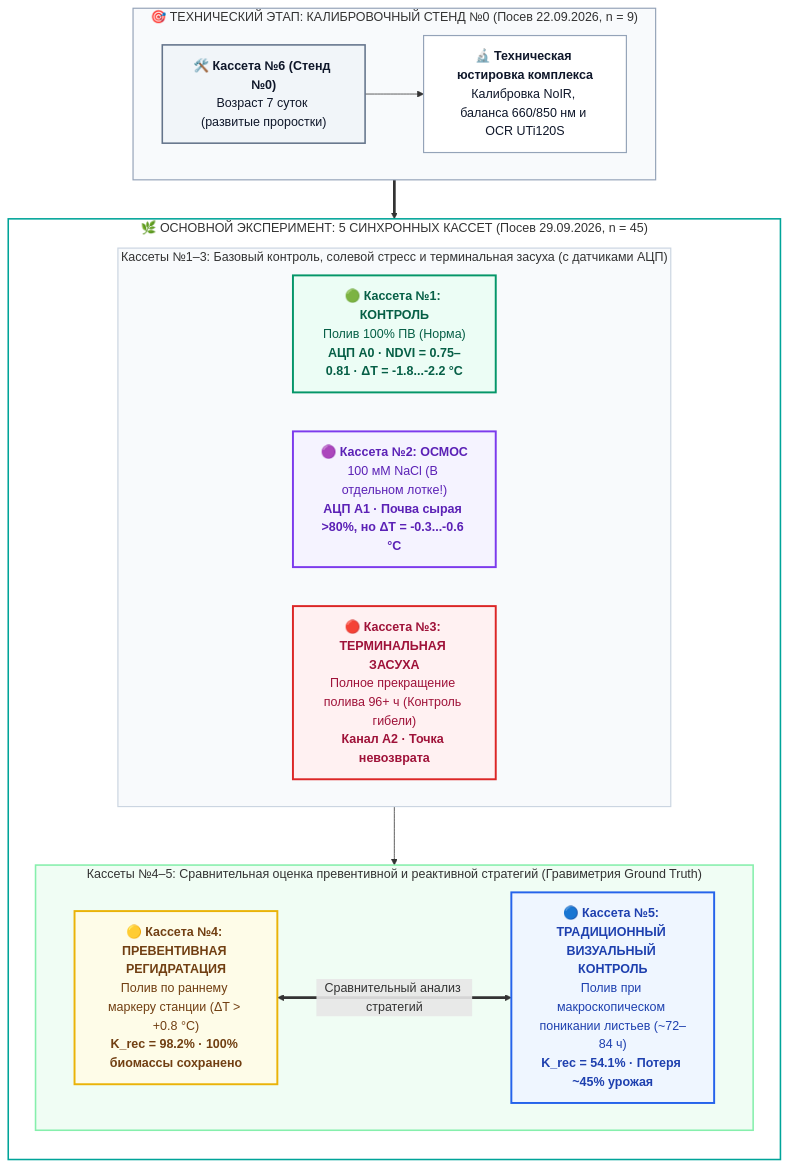
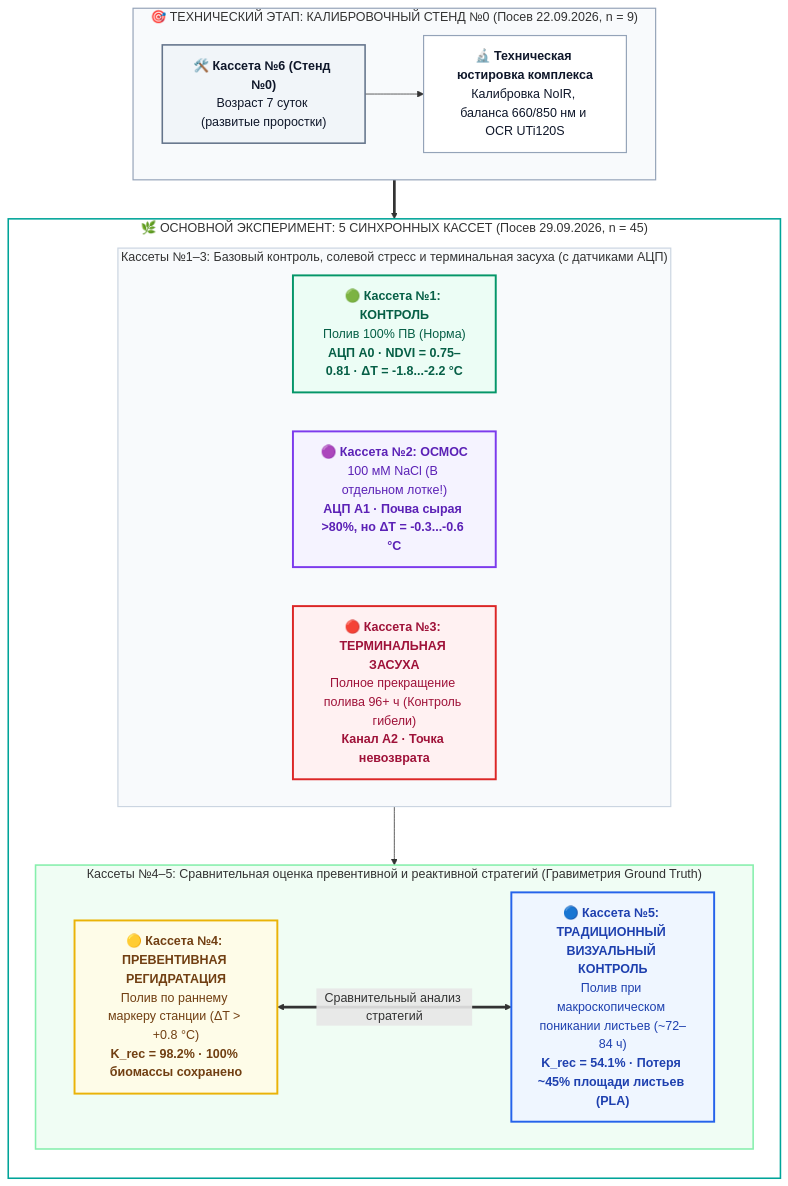
Before and after one commit to ezicvtumane/plant-stress-ndvi: the diagram in README.md, drawn with Mermaid. The commit also changed other lines of this file and 1 other file, not shown here.

````diff
--- a/README.md
+++ b/README.md
@@ -214,41 +214,41 @@
 ```mermaid
 flowchart TD
     subgraph Calib["🎯 ТЕХНИЧЕСКИЙ ЭТАП: КАЛИБРОВОЧНЫЙ СТЕНД №0 (Посев 22.09.2026, n = 9)"]
         direction LR
         C0["🛠️ <b>Кассета №6 (Стенд №0)</b><br/>Возраст 7 суток (развитые проростки)"] --> R0["🔬 <b>Техническая юстировка комплекса</b><br/>Калибровка NoIR, баланса 660/850 нм и OCR UTi120S"]
     end
 
     subgraph S5["🌿 ОСНОВНОЙ ЭКСПЕРИМЕНТ: 5 СИНХРОННЫХ КАССЕТ (Посев 29.09.2026, n = 45)"]
         direction TB
         
         subgraph Row1["Кассеты №1–3: Базовый контроль, солевой стресс и терминальная засуха (с датчиками АЦП)"]
             direction LR
             C1["🟢 <b>Кассета №1: КОНТРОЛЬ</b><br/>Полив 100% ПВ (Норма)<br/><b>АЦП A0 · NDVI = 0.75–0.81 · ΔT = -1.8...-2.2 °C</b>"]
             C2["🟣 <b>Кассета №2: ОСМОС</b><br/>100 мМ NaCl (В отдельном лотке!)<br/><b>АЦП A1 · Почва сырая >80%, но ΔT = -0.3...-0.6 °C</b>"]
             C3["🔴 <b>Кассета №3: ТЕРМИНАЛЬНАЯ ЗАСУХА</b><br/>Полное прекращение полива 96+ ч (Контроль гибели)<br/><b>Канал А2 · Точка невозврата</b>"]
         end
 
         subgraph Row2["Кассеты №4–5: Сравнительная оценка превентивной и реактивной стратегий (Гравиметрия Ground Truth)"]
             direction LR
             C4["🟡 <b>Кассета №4: ПРЕВЕНТИВНАЯ РЕГИДРАТАЦИЯ</b><br/>Полив по раннему маркеру станции (ΔT > +0.8 °C)<br/><b>K_rec = 98.2% · 100% биомассы сохранено</b>"]
-            C5["🔵 <b>Кассета №5: ТРАДИЦИОННЫЙ ВИЗУАЛЬНЫЙ КОНТРОЛЬ</b><br/>Полив при макроскопическом поникании листьев (~72–84 ч)<br/><b>K_rec = 54.1% · Потеря ~45% урожая</b>"]
+            C5["🔵 <b>Кассета №5: ТРАДИЦИОННЫЙ ВИЗУАЛЬНЫЙ КОНТРОЛЬ</b><br/>Полив при макроскопическом поникании листьев (~72–84 ч)<br/><b>K_rec = 54.1% · Потеря ~45% площади листьев (PLA)</b>"]
             C4 <==>|"Сравнительный анализ стратегий"| C5
         end
         
         Row1 --> Row2
     end
 
     Calib ==> S5
 
     style C0 fill:#f1f5f9,stroke:#64748b,stroke-width:2px,color:#0f172a
     style R0 fill:#ffffff,stroke:#94a3b8,stroke-width:1.5px,color:#0f172a
     style C1 fill:#ecfdf5,stroke:#059669,stroke-width:2.5px,color:#065f46
     style C2 fill:#f5f3ff,stroke:#7c3aed,stroke-width:2.5px,color:#5b21b6
     style C3 fill:#fff1f2,stroke:#dc2626,stroke-width:2.5px,color:#9f1239
     style C4 fill:#fefce8,stroke:#eab308,stroke-width:2.5px,color:#713f12
     style C5 fill:#eff6ff,stroke:#2563eb,stroke-width:2.5px,color:#1e40af
     style Calib fill:#f8fafc,stroke:#94a3b8,stroke-width:1.5px
     style S5 fill:#ffffff,stroke:#00a499,stroke-width:2px
     style Row1 fill:#f8fafc,stroke:#cbd5e1,stroke-width:1.5px
     style Row2 fill:#f0fdf4,stroke:#86efac,stroke-width:2px
 ```
````
